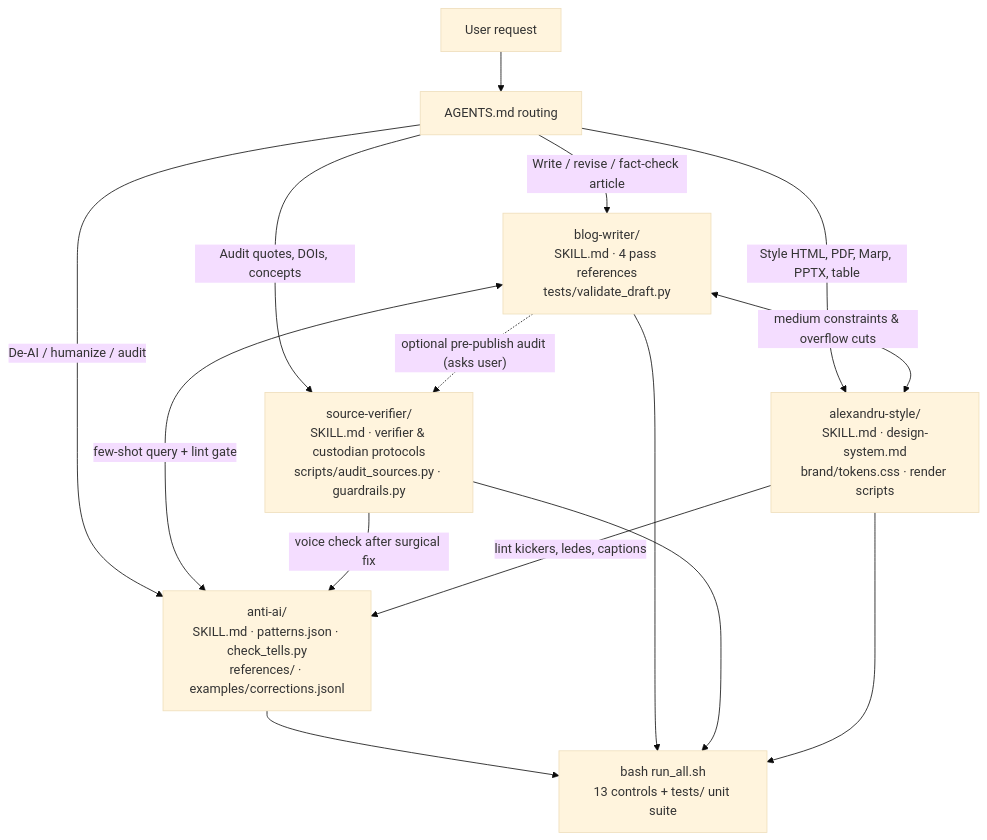
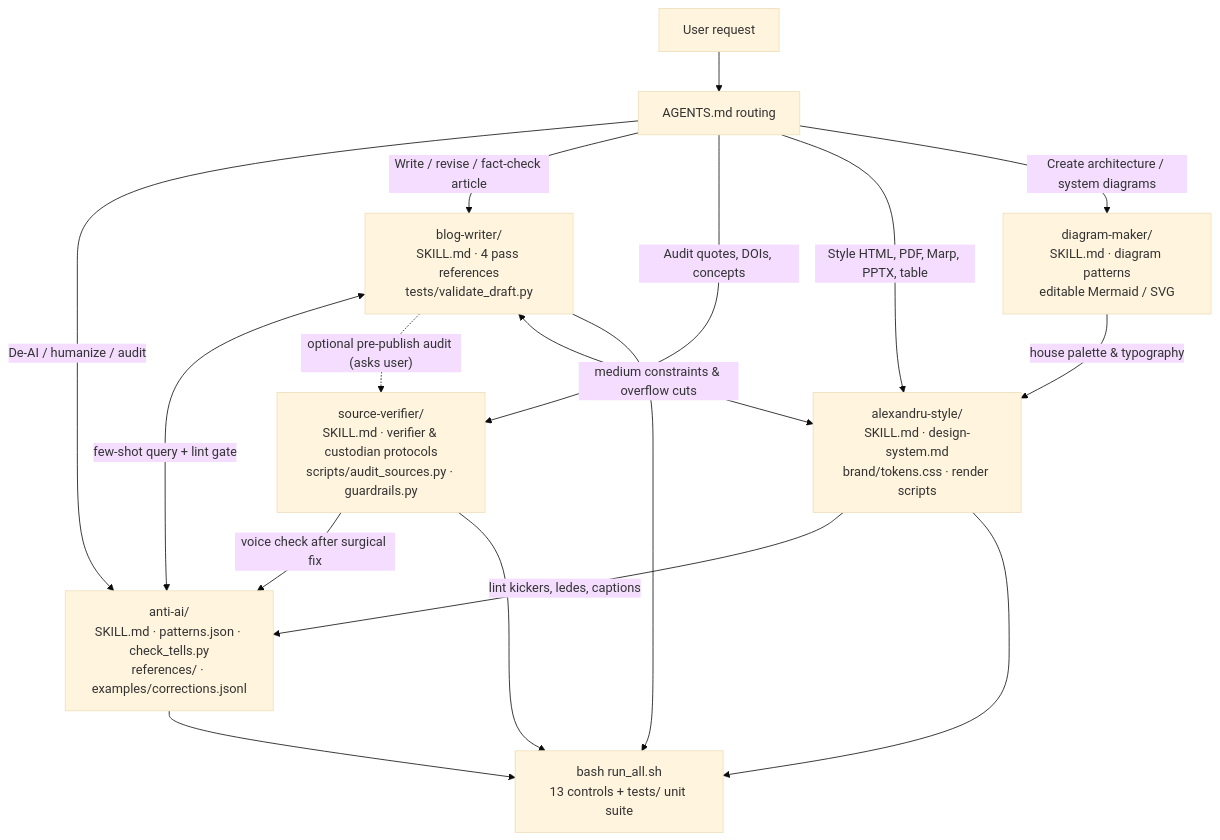
Before and after one commit to alexandrugris/alex-public-skills-collection: the first of 3 diagrams in README.md, drawn with Mermaid (base theme). The commit also changed other lines of this file and 6 other files, not shown here.

Commit message:
Add source-editable diagram-maker skill

````diff
--- a/README.md
+++ b/README.md
@@ -20,18 +21,20 @@
 ```mermaid
 flowchart TB
     U["User request"] --> AG["AGENTS.md routing"]
     AG -->|"De-AI / humanize / audit"| AA["anti-ai/<br/>SKILL.md · patterns.json · check_tells.py<br/>references/ · examples/corrections.jsonl"]
     AG -->|"Write / revise / fact-check article"| BW["blog-writer/<br/>SKILL.md · 4 pass references<br/>tests/validate_draft.py"]
     AG -->|"Audit quotes, DOIs, concepts"| SV["source-verifier/<br/>SKILL.md · verifier & custodian protocols<br/>scripts/audit_sources.py · guardrails.py"]
     AG -->|"Style HTML, PDF, Marp, PPTX, table"| AS["alexandru-style/<br/>SKILL.md · design-system.md<br/>brand/tokens.css · render scripts"]
+    AG -->|"Create architecture / system diagrams"| DM["diagram-maker/<br/>SKILL.md · diagram patterns<br/>editable Mermaid / SVG"]
+    DM -->|"house palette & typography"| AS
 
     BW <-->|"few-shot query + lint gate"| AA
     BW -.->|"optional pre-publish audit (asks user)"| SV
     SV -->|"voice check after surgical fix"| AA
     BW <-->|"medium constraints & overflow cuts"| AS
     AS -->|"lint kickers, ledes, captions"| AA
     AA --> GATE["bash run_all.sh<br/>13 controls + tests/ unit suite"]
     BW --> GATE
     SV --> GATE
     AS --> GATE
 ```
````
